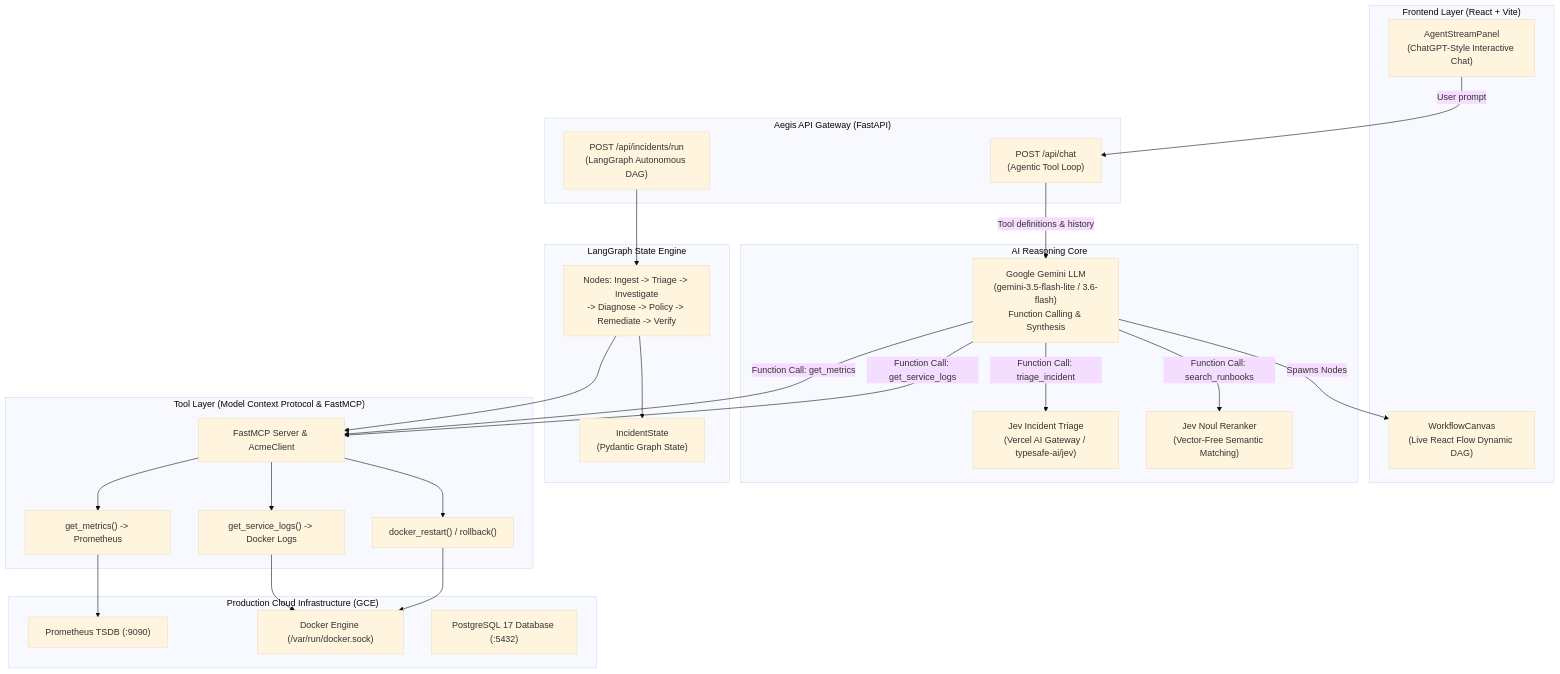
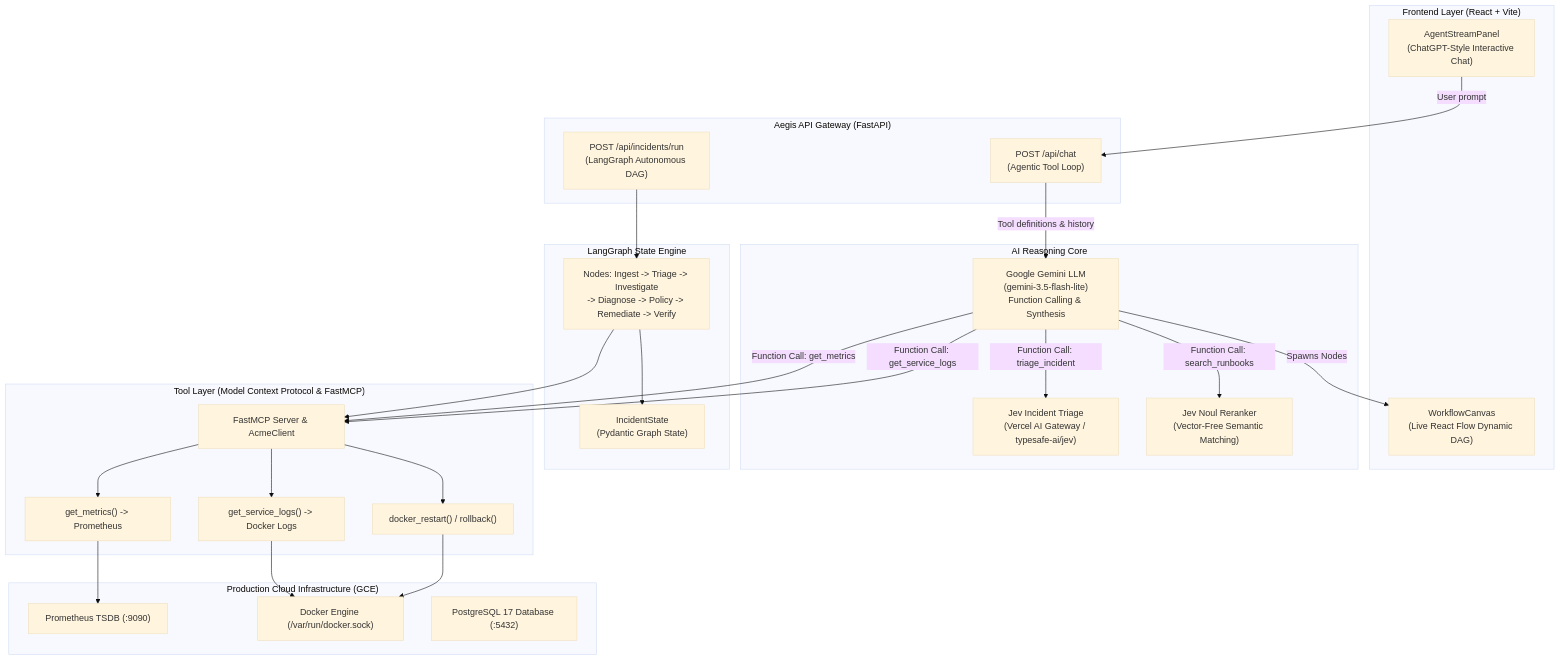
One commit to Shresth-k/Aegis changed the diagram in AEGIS_AGENT_AND_LLM_DEEP_DIVE.md. Above: the diagram before and after it, drawn with Mermaid (base theme). The commit also changed 1 other file, not shown here.

Commit message:
docs: set active model to gemini-3.5-flash-lite across guides

````diff
--- a/AEGIS_AGENT_AND_LLM_DEEP_DIVE.md
+++ b/AEGIS_AGENT_AND_LLM_DEEP_DIVE.md
@@ -11,50 +11,50 @@
 ```mermaid
 flowchart TD
     subgraph Client["Frontend Layer (React + Vite)"]
         ChatUI["AgentStreamPanel\n(ChatGPT-Style Interactive Chat)"]
         DAGCanvas["WorkflowCanvas\n(Live React Flow Dynamic DAG)"]
     end
 
     subgraph API["Aegis API Gateway (FastAPI)"]
         ChatEndpoint["POST /api/chat\n(Agentic Tool Loop)"]
         WorkflowEndpoint["POST /api/incidents/run\n(LangGraph Autonomous DAG)"]
     end
 
     subgraph AI["AI Reasoning Core"]
-        Gemini["Google Gemini LLM\n(gemini-3.5-flash-lite / 3.6-flash)\nFunction Calling & Synthesis"]
+        Gemini["Google Gemini LLM\n(gemini-3.5-flash-lite)\nFunction Calling & Synthesis"]
         JevTriage["Jev Incident Triage\n(Vercel AI Gateway / typesafe-ai/jev)"]
         JevReranker["Jev Noul Reranker\n(Vector-Free Semantic Matching)"]
     end
 
     subgraph StateMachine["LangGraph State Engine"]
         State["IncidentState\n(Pydantic Graph State)"]
         Nodes["Nodes: Ingest -> Triage -> Investigate\n-> Diagnose -> Policy -> Remediate -> Verify"]
     end
 
     subgraph MCP["Tool Layer (Model Context Protocol & FastMCP)"]
         MCPServer["FastMCP Server & AcmeClient"]
         ToolMetrics["get_metrics() -> Prometheus"]
         ToolLogs["get_service_logs() -> Docker Logs"]
         ToolDocker["docker_restart() / rollback()"]
     end
 
     subgraph Infra["Production Cloud Infrastructure (GCE)"]
         Prometheus["Prometheus TSDB (:9090)"]
         DockerEngine["Docker Engine (/var/run/docker.sock)"]
         Postgres["PostgreSQL 17 Database (:5432)"]
     end
 
     ChatUI -->|User prompt| ChatEndpoint
     ChatEndpoint -->|Tool definitions & history| Gemini
     Gemini -->|Function Call: triage_incident| JevTriage
     Gemini -->|Function Call: search_runbooks| JevReranker
     Gemini -->|Function Call: get_metrics| MCPServer
     Gemini -->|Function Call: get_service_logs| MCPServer
     MCPServer --> ToolMetrics --> Prometheus
     MCPServer --> ToolLogs --> DockerEngine
     Gemini -->|Spawns Nodes| DAGCanvas
     WorkflowEndpoint --> Nodes
     Nodes --> State
     Nodes --> MCPServer
     MCPServer --> ToolDocker --> DockerEngine
 ```
````
